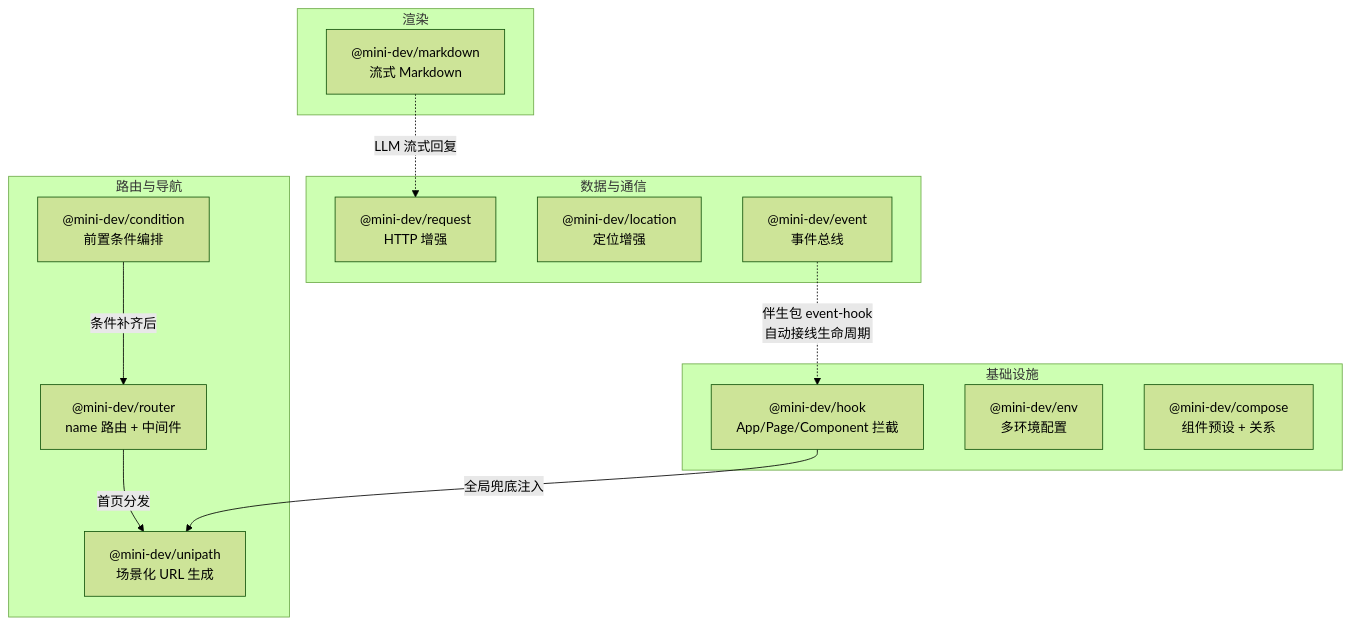
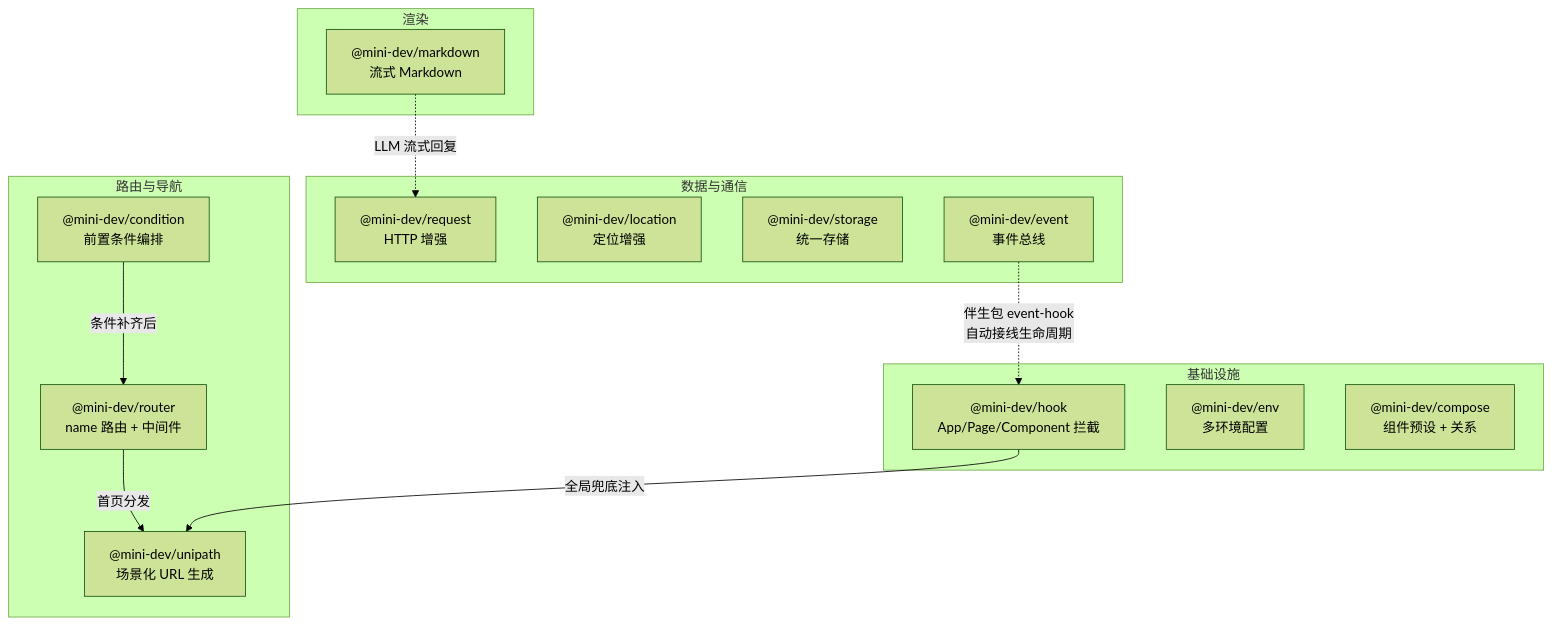
The diagram in README.md (xesam/minidev), drawn with Mermaid (forest theme) before and after one commit. The commit also changed other lines of this file and 1 other file, not shown here.

First line of the commit message:
docs(readme): add @mini-dev/storage and separate augment/unify wrapper types into 2.1

````diff
--- a/README.md
+++ b/README.md
@@ -107,33 +117,34 @@
 ```mermaid
 graph TB
     subgraph 基础设施
         hook["@mini-dev/hook<br/>App/Page/Component 拦截"]
         env["@mini-dev/env<br/>多环境配置"]
         compose["@mini-dev/compose<br/>组件预设 + 关系"]
     end
 
     subgraph 路由与导航
         router["@mini-dev/router<br/>name 路由 + 中间件"]
         unipath["@mini-dev/unipath<br/>场景化 URL 生成"]
         condition["@mini-dev/condition<br/>前置条件编排"]
     end
 
     subgraph 数据与通信
         request["@mini-dev/request<br/>HTTP 增强"]
         location["@mini-dev/location<br/>定位增强"]
+        storage["@mini-dev/storage<br/>统一存储"]
         event["@mini-dev/event<br/>事件总线"]
     end
 
     subgraph 渲染
         markdown["@mini-dev/markdown<br/>流式 Markdown"]
     end
 
     %% 伴生关系
     event -.->|伴生包 event-hook<br/>自动接线生命周期| hook
     markdown -.->|LLM 流式回复| request
 
     %% 协作关系
     condition -->|条件补齐后| router
     router -->|首页分发| unipath
     hook -->|全局兜底注入| unipath
 ```
````
